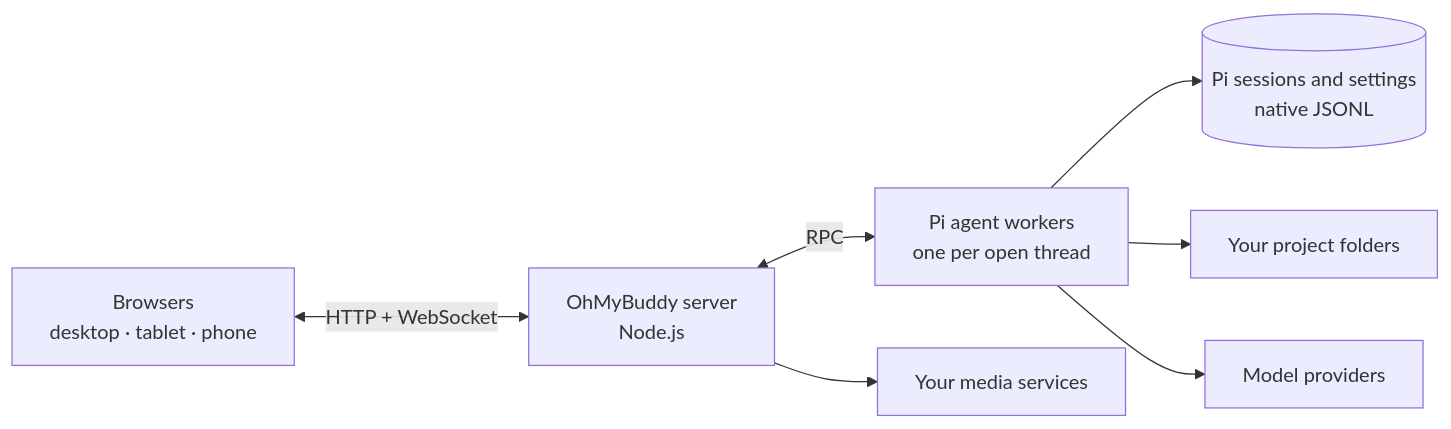
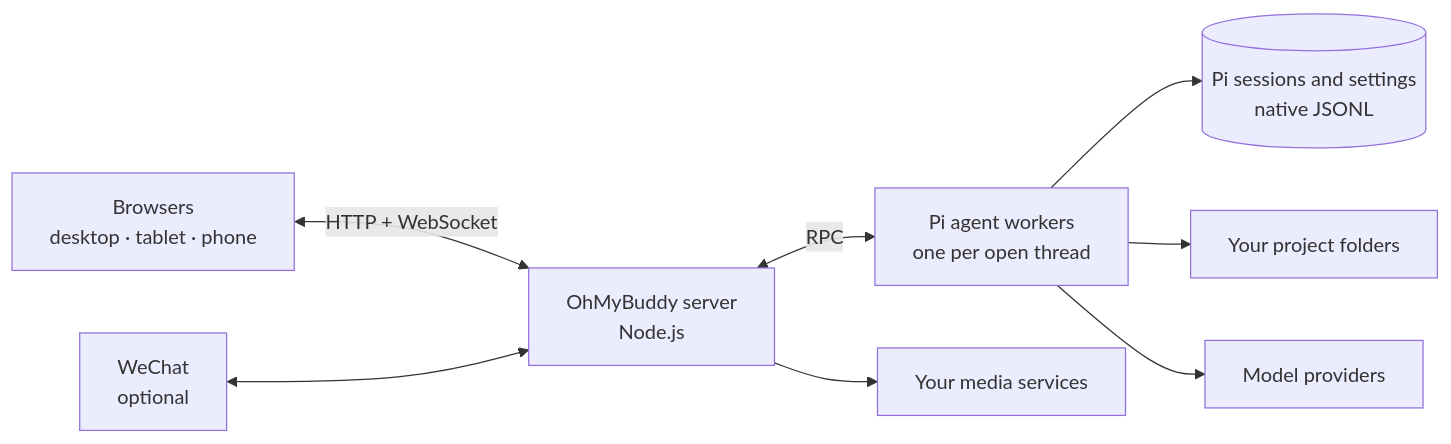
One commit to YogurtJ/OhMyBuddy changed the diagram in README.md. Above: the diagram before and after it, drawn with Mermaid. The commit also changed other lines of this file and 2 other files, not shown here.

````diff
--- a/README.md
+++ b/README.md
@@ -157,9 +170,10 @@
 ```mermaid
 flowchart LR
     B["Browsers<br/>desktop · tablet · phone"] <-->|HTTP + WebSocket| S["OhMyBuddy server<br/>Node.js"]
+    C["WeChat<br/>optional"] <--> S
     S <-->|RPC| W["Pi agent workers<br/>one per open thread"]
     W --> D[("Pi sessions and settings<br/>native JSONL")]
     W --> P["Your project folders"]
     W --> L["Model providers"]
     S --> M["Your media services"]
 ```
````
